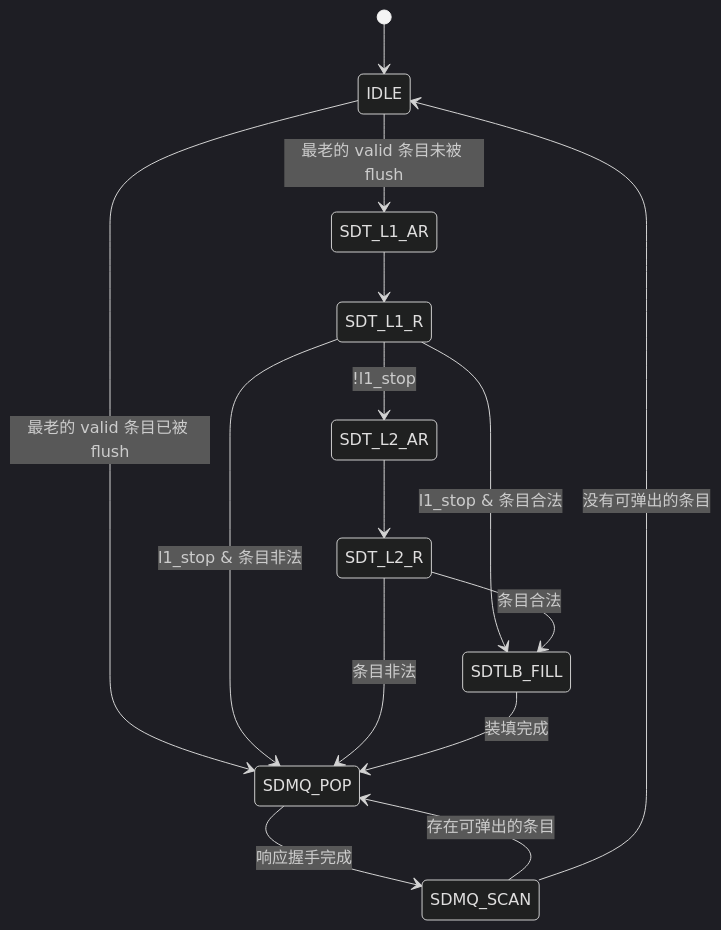
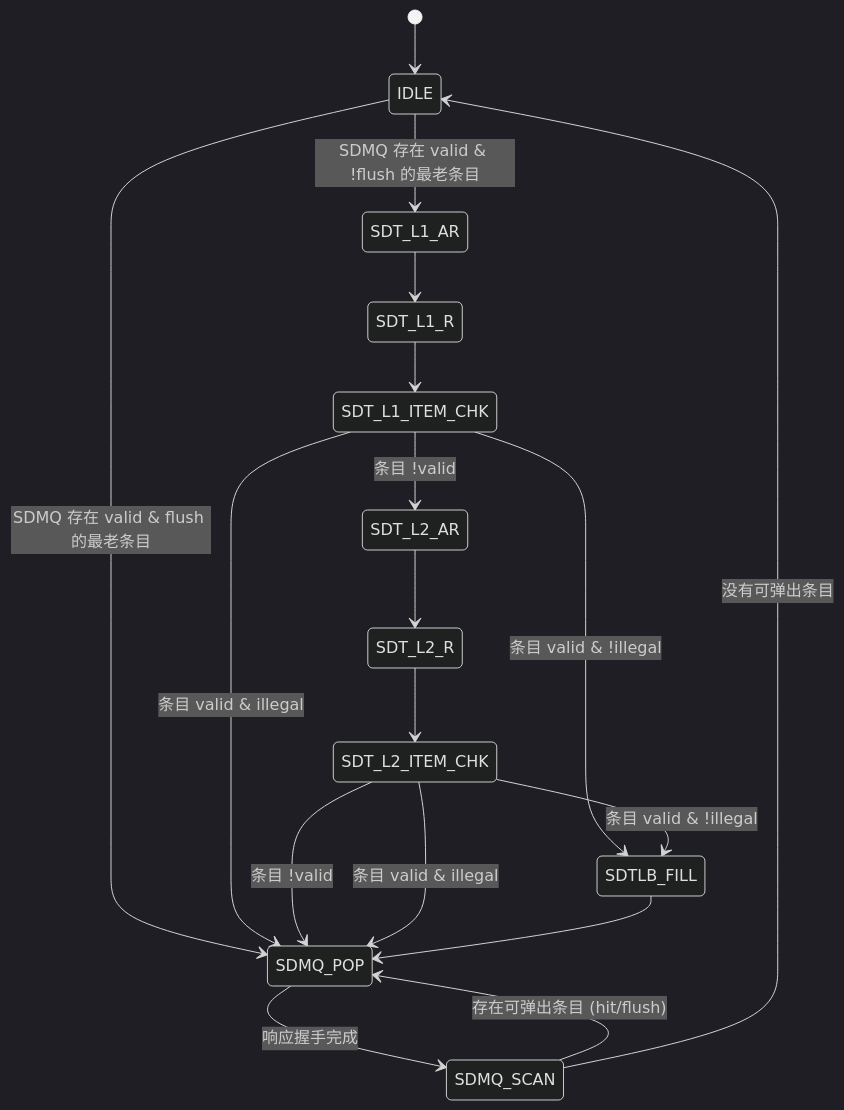
The third of 5 diagrams in doc/design_plan/SDecoder设计方案/SDecoder 设计方案 v0.9.md (DuBirdFly/C1_SDecoder), drawn with Mermaid (dark theme) before and after one commit. The commit also changed other lines of this file, not shown here.

Commit message:
docs(design): 重画 SDPWU Page Walk 状态机并对齐状态说明

````diff
--- a/doc/design_plan/SDecoder设计方案/SDecoder 设计方案 v0.9.md
+++ b/doc/design_plan/SDecoder设计方案/SDecoder 设计方案 v0.9.md
@@ -262,17 +262,20 @@
 ```mermaid
 stateDiagram-v2
     [*] --> IDLE
-    IDLE --> SDT_L1_AR: 最老的 valid 条目未被 flush
-    IDLE --> SDMQ_POP: 最老的 valid 条目已被 flush
+    IDLE --> SDT_L1_AR: SDMQ 存在 valid & !flush 的最老条目
+    IDLE --> SDMQ_POP: SDMQ 存在 valid & flush 的最老条目
     SDT_L1_AR --> SDT_L1_R
-    SDT_L1_R --> SDTLB_FILL: l1_stop & 条目合法
-    SDT_L1_R --> SDMQ_POP: l1_stop & 条目非法
-    SDT_L1_R --> SDT_L2_AR: !l1_stop
+    SDT_L1_R --> SDT_L1_ITEM_CHK
+    SDT_L1_ITEM_CHK --> SDT_L2_AR: 条目 !valid
+    SDT_L1_ITEM_CHK --> SDTLB_FILL: 条目 valid & !illegal
+    SDT_L1_ITEM_CHK --> SDMQ_POP: 条目 valid & illegal
     SDT_L2_AR --> SDT_L2_R
-    SDT_L2_R --> SDTLB_FILL: 条目合法
-    SDT_L2_R --> SDMQ_POP: 条目非法
-    SDTLB_FILL --> SDMQ_POP: 装填完成
-    SDMQ_SCAN --> SDMQ_POP: 存在可弹出的条目
-    SDMQ_SCAN --> IDLE: 没有可弹出的条目
+    SDT_L2_R --> SDT_L2_ITEM_CHK
+    SDT_L2_ITEM_CHK --> SDMQ_POP: 条目 !valid
+    SDT_L2_ITEM_CHK --> SDTLB_FILL: 条目 valid & !illegal
+    SDT_L2_ITEM_CHK --> SDMQ_POP: 条目 valid & illegal
+    SDTLB_FILL --> SDMQ_POP
+    SDMQ_SCAN --> SDMQ_POP: 存在可弹出条目 (hit/flush)
+    SDMQ_SCAN --> IDLE: 没有可弹出条目
     SDMQ_POP --> SDMQ_SCAN: 响应握手完成
 ```
````
